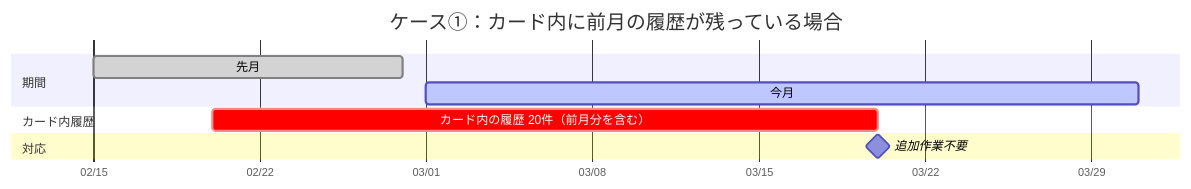
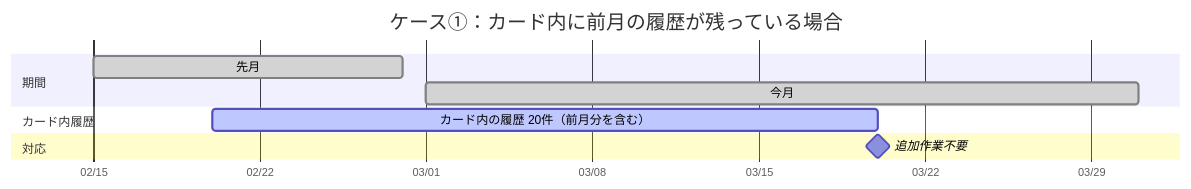
The first of 2 diagrams in ICCardManager/docs/manual/管理者マニュアル.md (kuwayamamasayuki/ICCardManager), drawn with Mermaid before and after one commit. The commit also changed other lines of this file, not shown here.

Commit message:
docs: Mermaid図の先月/今月の高さを統一し強調箇所を修正 (#950)
- 先月・今月の帯を同じスタイル(done)にして高さのずれを解消
- crit(赤)をカード内履歴ではなく「手動追加が必要」の帯に適用し
  注意すべき箇所を目立たせる

````diff
--- a/ICCardManager/docs/manual/管理者マニュアル.md
+++ b/ICCardManager/docs/manual/管理者マニュアル.md
@@ -380,13 +380,13 @@
 ```mermaid
 gantt
     title ケース①：カード内に前月の履歴が残っている場合
     dateFormat  MM-DD
     axisFormat  %m/%d
     section 期間
-    先月                         :done, 02-15, 02-28
-    今月                         :active, 03-01, 03-31
+    先月           :done, 02-15, 02-28
+    今月           :done, 03-01, 03-31
     section カード内履歴
-    カード内の履歴 20件（前月分を含む） :crit, 02-20, 03-20
+    カード内の履歴 20件（前月分を含む） :active, 02-20, 03-20
     section 対応
-    追加作業不要                  :milestone, 03-20, 0d
+    追加作業不要   :milestone, 03-20, 0d
 ```
````
